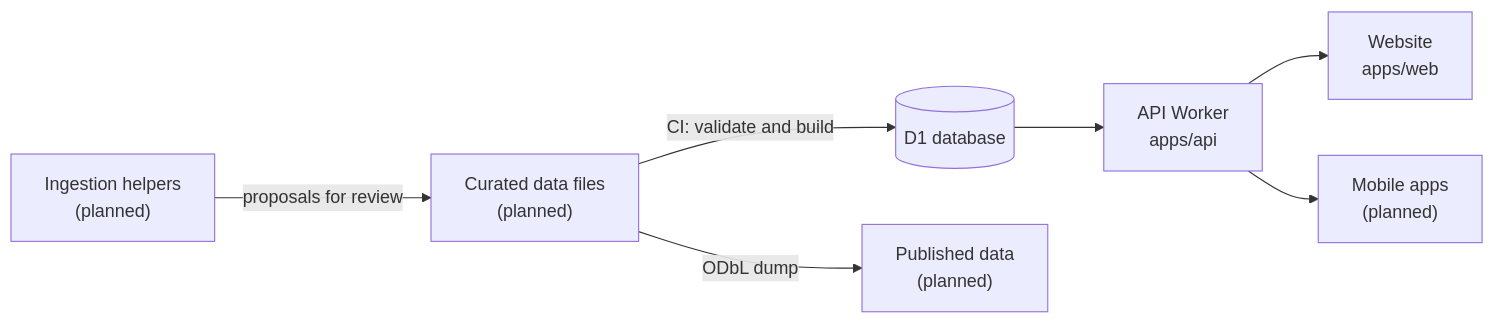
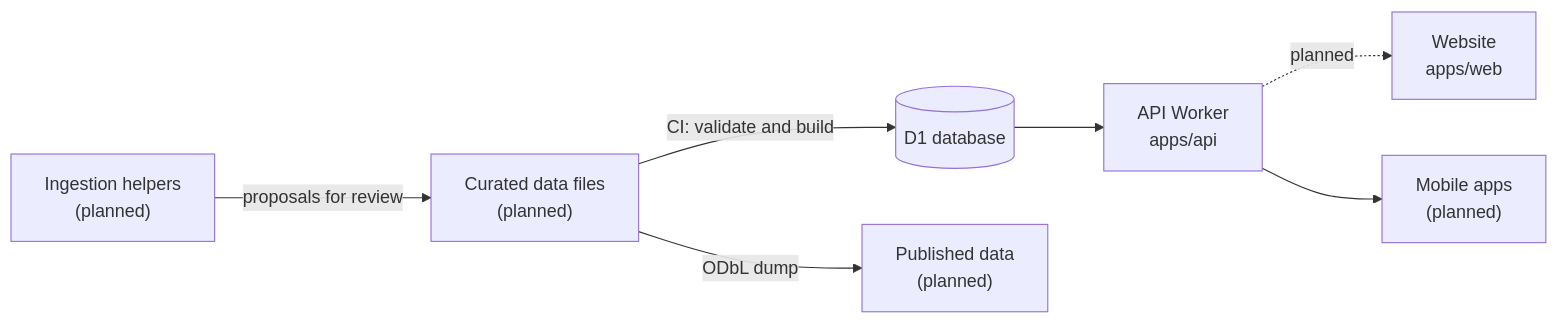
One commit to areksh/ownerfinder changed the diagram in docs/architecture.md. Above: the diagram before and after it, drawn with Mermaid. The commit also changed other lines of this file, not shown here.

First line of the commit message:
docs: mark the web-to-API link as planned

````diff
--- a/docs/architecture.md
+++ b/docs/architecture.md
@@ -15,9 +15,9 @@
 ```mermaid
 flowchart LR
   data["Curated data files<br/>(planned)"] -->|CI: validate and build| d1[("D1 database")]
   ingest["Ingestion helpers<br/>(planned)"] -->|proposals for review| data
   d1 --> api["API Worker<br/>apps/api"]
-  api --> web["Website<br/>apps/web"]
+  api -.->|planned| web["Website<br/>apps/web"]
   api --> mobile["Mobile apps<br/>(planned)"]
   data -->|ODbL dump| dump["Published data<br/>(planned)"]
 ```
````
